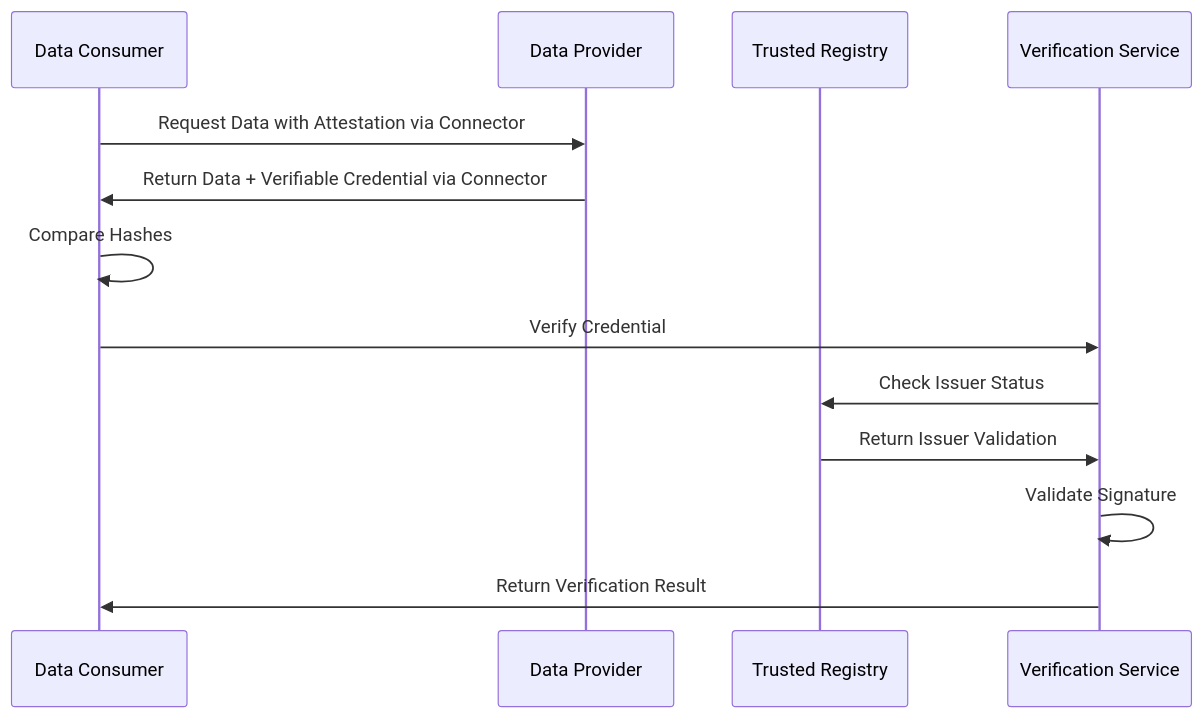
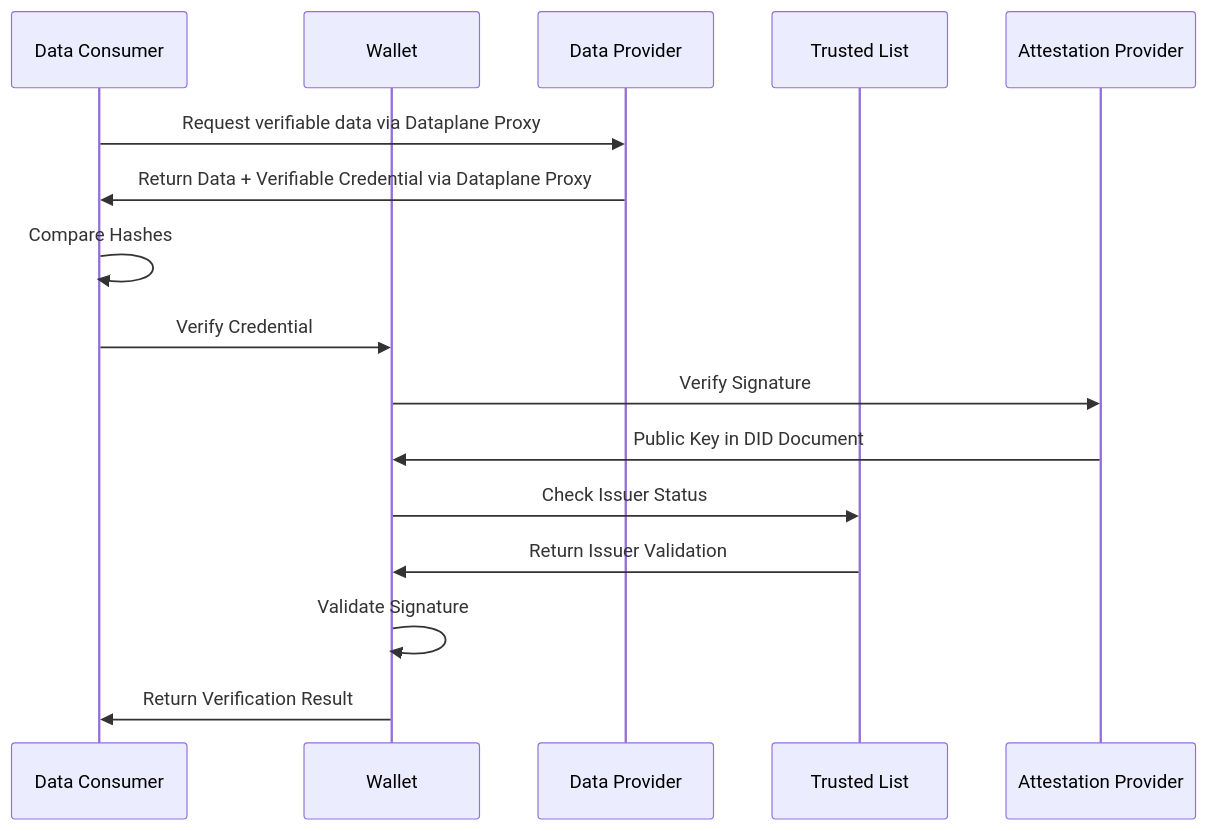
The diagram in docs-kits/kits/data-trust-and-security-kit/software-development-view/trust-verification.md (eclipse-tractusx/eclipse-tractusx.github.io), drawn with Mermaid before and after one commit. The commit also changed other lines of this file and 5 other files, not shown here.

````diff
--- a/docs-kits/kits/data-trust-and-security-kit/software-development-view/trust-verification.md
+++ b/docs-kits/kits/data-trust-and-security-kit/software-development-view/trust-verification.md
@@ -21,16 +21,19 @@
 ```mermaid
 sequenceDiagram
     participant Consumer as Data Consumer
+    participant Verifier as Wallet
     participant Provider as Data Provider
-    participant Registry as Trusted Registry
-    participant Verifier as Verification Service
+    participant Registry as Trusted List
+    participant Attestation as Attestation Provider
     
-    Consumer->>Provider: Request Data with Attestation via Connector
-    Provider->>Consumer: Return Data + Verifiable Credential via Connector
+    Consumer->>Provider: Request verifiable data via Dataplane Proxy
+    Provider->>Consumer: Return Data + Verifiable Credential via Dataplane Proxy
     Consumer->>Consumer: Compare Hashes
     Consumer->>Verifier: Verify Credential
+    Verifier->>Attestation: Verify Signature
+    Attestation->>Verifier: Public Key in DID Document
     Verifier->>Registry: Check Issuer Status
     Registry->>Verifier: Return Issuer Validation
     Verifier->>Verifier: Validate Signature
     Verifier->>Consumer: Return Verification Result
 ```
````
